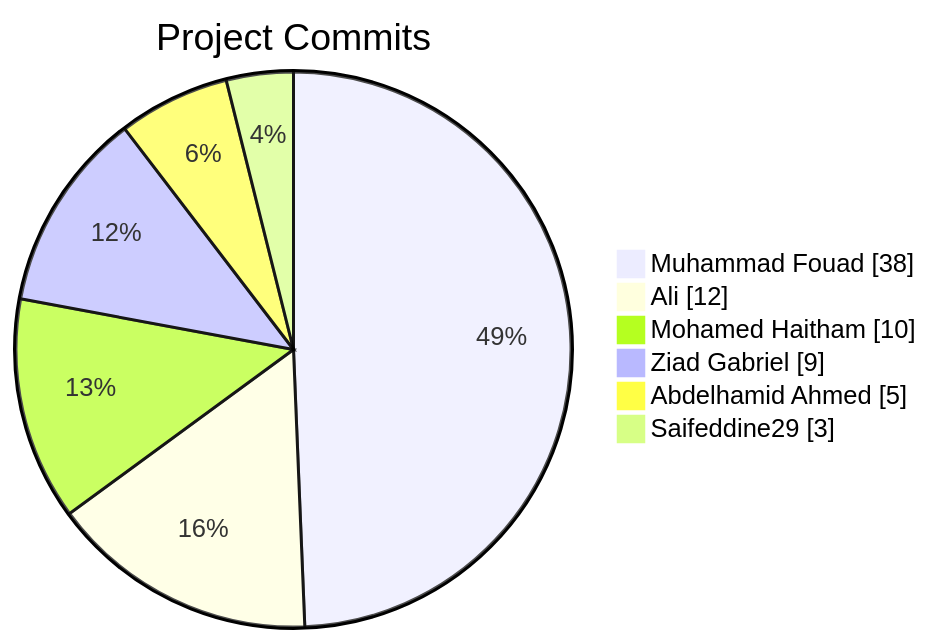
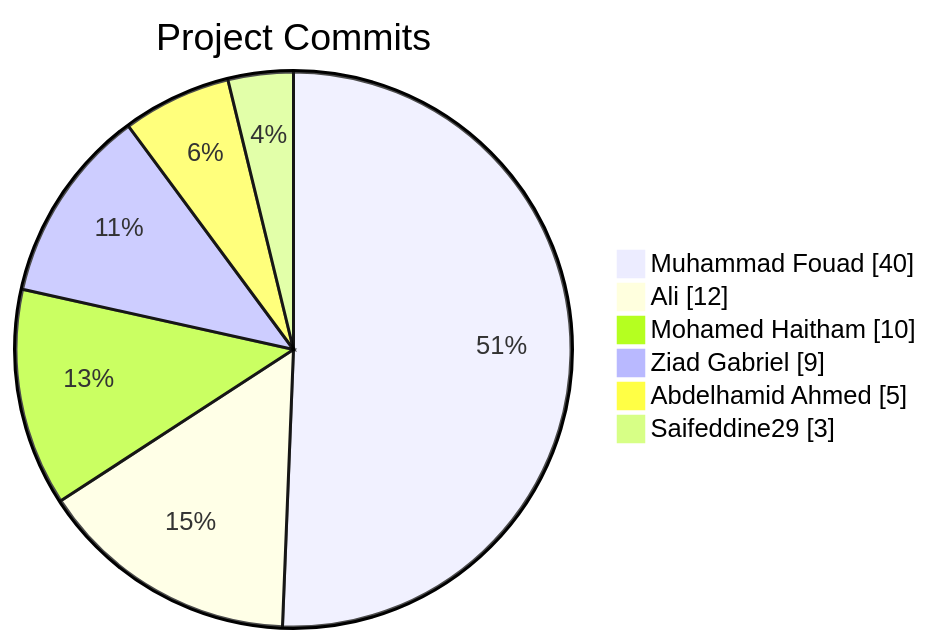
One commit to Abdelhamid-El-rashidy/Library_System changed the diagram in README.md. Above: the diagram before and after it, drawn with Mermaid.

Commit message:
docs: update contributor stats [skip ci]

````diff
--- a/README.md
+++ b/README.md
@@ -6,10 +6,10 @@
 ```mermaid
 pie showData
     title Project Commits
-    "Muhammad Fouad" : 38
+    "Muhammad Fouad" : 40
     "Ali" : 12
     "Mohamed Haitham" : 10
     "Ziad Gabriel" : 9
     "Abdelhamid Ahmed" : 5
     "Saifeddine29" : 3
 ```
````
